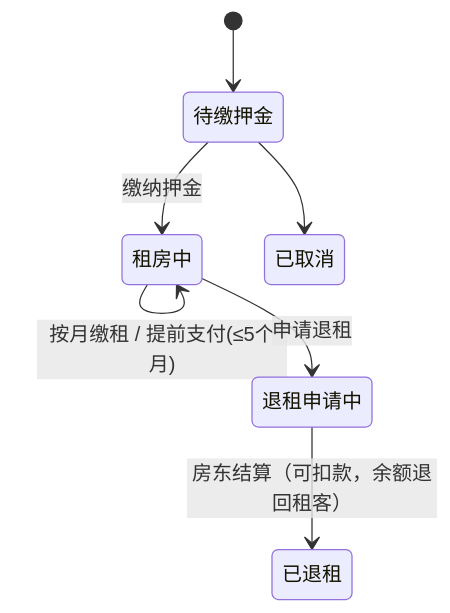
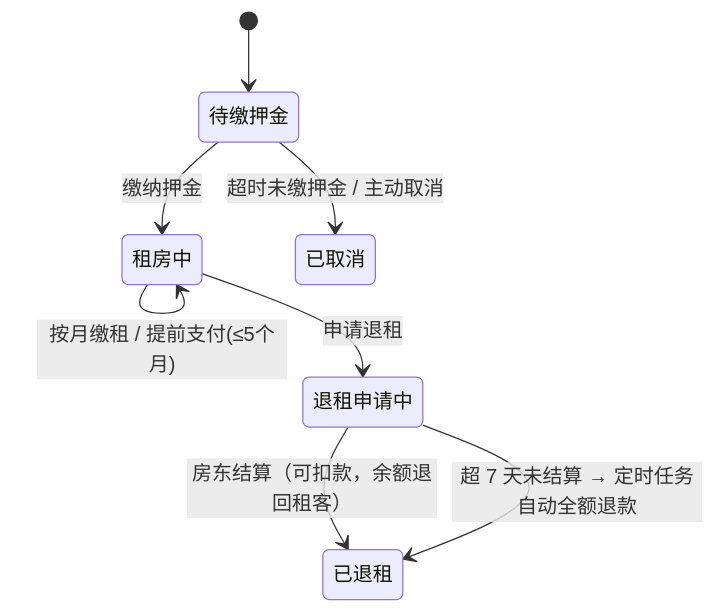
Before and after one commit to kamten7/Nest_Backend: the fourth of 4 diagrams in README.md, drawn with Mermaid. The commit also changed other lines of this file, not shown here.

````diff
--- a/README.md
+++ b/README.md
@@ -257,9 +292,10 @@
 ```mermaid
 stateDiagram-v2
   [*] --> 待缴押金
   待缴押金 --> 租房中: 缴纳押金
   租房中 --> 租房中: 按月缴租 / 提前支付(≤5个月)
   租房中 --> 退租申请中: 申请退租
   退租申请中 --> 已退租: 房东结算（可扣款，余额退回租客）
-  待缴押金 --> 已取消
+  退租申请中 --> 已退租: 超 7 天未结算 → 定时任务自动全额退款
+  待缴押金 --> 已取消: 超时未缴押金 / 主动取消
 ```
````
